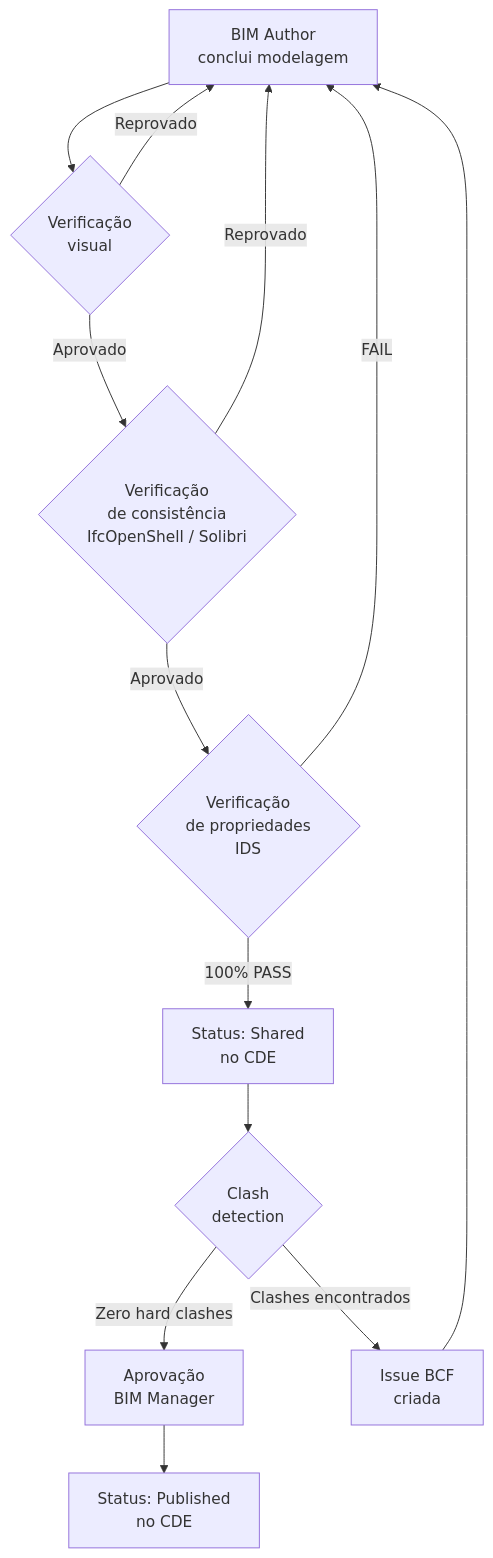
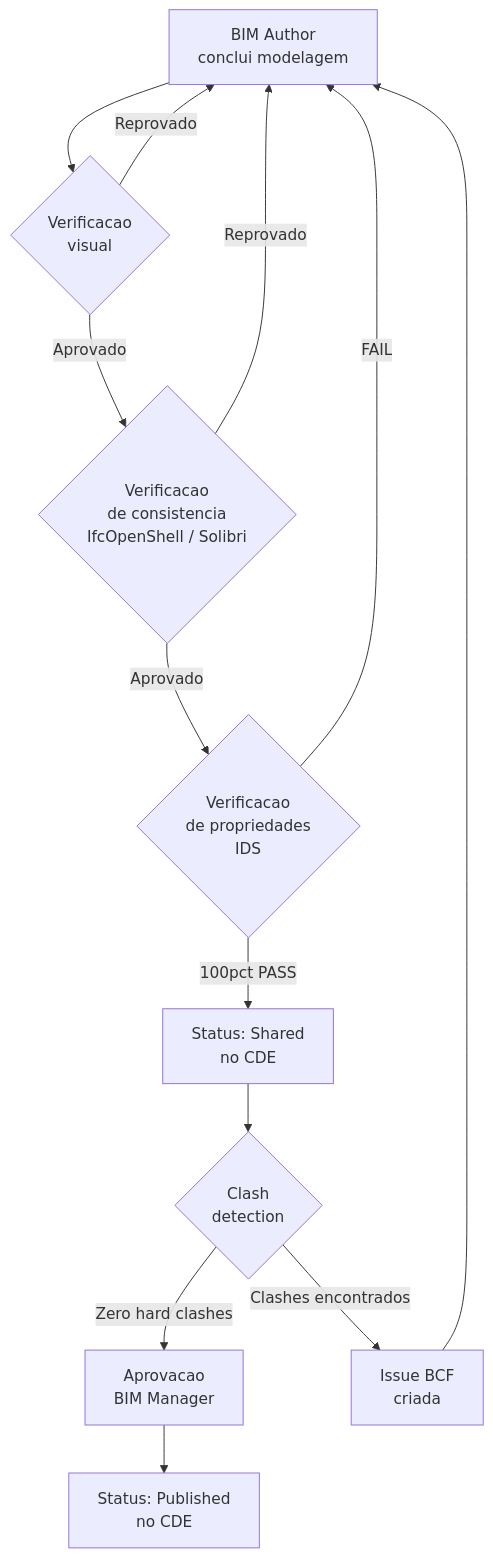
Before and after one commit to 255ribeiro/intro_ifc: the sixth of 9 diagrams in docs/bep/bep-bim-material.md, drawn with Mermaid. The commit also changed other lines of this file and 2 other files, not shown here.

Commit message:
mermaid diagram css

````diff
--- a/docs/bep/bep-bim-material.md
+++ b/docs/bep/bep-bim-material.md
@@ -344,15 +370,15 @@
 ```mermaid
 flowchart TD
-    A[BIM Author\nconclui modelagem] --> B{Verificação\nvisual}
-    B -->|Aprovado| C{Verificação\nde consistência\nIfcOpenShell / Solibri}
+    A[BIM Author\nconclui modelagem] --> B{Verificacao\nvisual}
+    B -->|Aprovado| C{Verificacao\nde consistencia\nIfcOpenShell / Solibri}
     B -->|Reprovado| A
-    C -->|Aprovado| D{Verificação\nde propriedades\nIDS}
+    C -->|Aprovado| D{Verificacao\nde propriedades\nIDS}
     C -->|Reprovado| A
-    D -->|100% PASS| E[Status: Shared\nno CDE]
+    D -->|100pct PASS| E[Status: Shared\nno CDE]
     D -->|FAIL| A
     E --> F{Clash\ndetection}
-    F -->|Zero hard clashes| G[Aprovação\nBIM Manager]
+    F -->|Zero hard clashes| G[Aprovacao\nBIM Manager]
     F -->|Clashes encontrados| H[Issue BCF\ncriada]
     H --> A
     G --> I[Status: Published\nno CDE]
 ```
````
